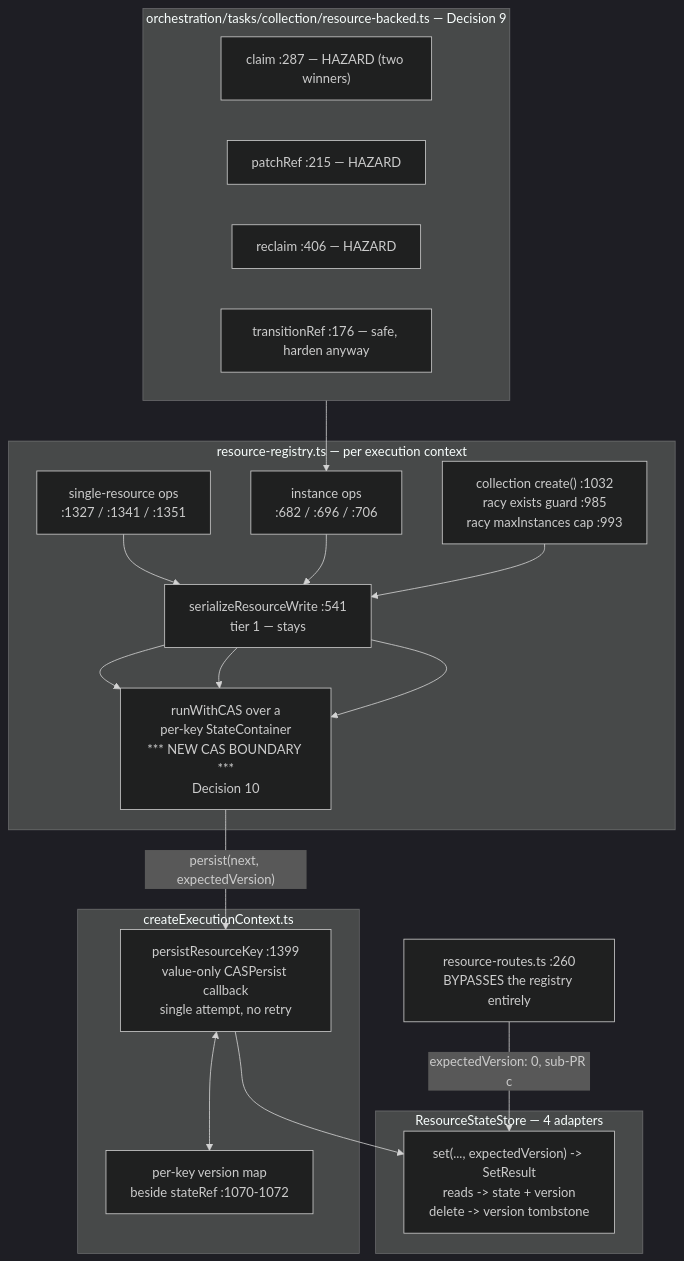
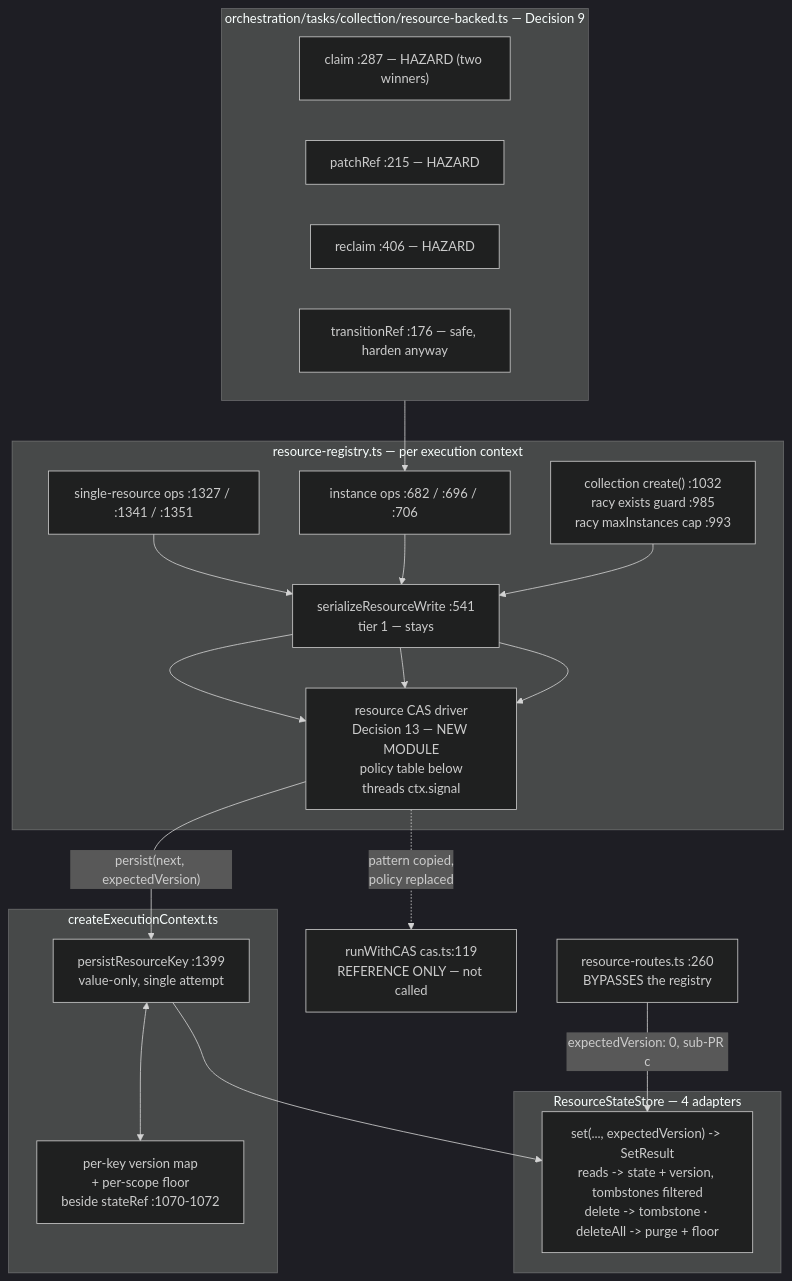
Before and after one commit to fixpoint-labs/flow-state-dev: the diagram in docs/specs/FIX-992.md, drawn with Mermaid (dark theme). The commit also changed other lines of this file, not shown here.

First line of the commit message:
spec(FIX-992): fold round 2 — resource-specific CAS driver; the reuse cost argument was wrong

````diff
--- a/docs/specs/FIX-992.md
+++ b/docs/specs/FIX-992.md
@@ -194,32 +219,34 @@
 ```mermaid
 flowchart TD
     subgraph orch["orchestration/tasks/collection/resource-backed.ts — Decision 9"]
       U1["claim :287 — HAZARD (two winners)"]
       U2["patchRef :215 — HAZARD"]
       U3["reclaim :406 — HAZARD"]
       U4["transitionRef :176 — safe, harden anyway"]
     end
     subgraph reg["resource-registry.ts — per execution context"]
-      A1["single-resource ops<br/>:1327 / :1341 / :1351"]
-      A2["instance ops<br/>:682 / :696 / :706"]
+      A1["single-resource ops :1327 / :1341 / :1351"]
+      A2["instance ops :682 / :696 / :706"]
       A3["collection create() :1032<br/>racy exists guard :985<br/>racy maxInstances cap :993"]
       Q["serializeResourceWrite :541<br/>tier 1 — stays"]
-      CAS["runWithCAS over a<br/>per-key StateContainer<br/>*** NEW CAS BOUNDARY ***<br/>Decision 10"]
+      CAS["resource CAS driver<br/>Decision 13 — NEW MODULE<br/>policy table below<br/>threads ctx.signal"]
       A1 --> Q --> CAS
       A2 --> Q --> CAS
       A3 --> Q --> CAS
     end
     orch --> A2
     subgraph ctx["createExecutionContext.ts"]
-      CP["persistResourceKey :1399<br/>value-only CASPersist callback<br/>single attempt, no retry"]
-      VC["per-key version map<br/>beside stateRef :1070-1072"]
+      CP["persistResourceKey :1399<br/>value-only, single attempt"]
+      VC["per-key version map<br/>+ per-scope floor<br/>beside stateRef :1070-1072"]
       CP <--> VC
     end
     CAS -->|"persist(next, expectedVersion)"| CP
-    R["resource-routes.ts :260<br/>BYPASSES the registry entirely"]
+    R["resource-routes.ts :260<br/>BYPASSES the registry"]
     subgraph store["ResourceStateStore — 4 adapters"]
-      S["set(..., expectedVersion) -> SetResult<br/>reads -> state + version<br/>delete -> version tombstone"]
+      S["set(..., expectedVersion) -> SetResult<br/>reads -> state + version, tombstones filtered<br/>delete -> tombstone · deleteAll -> purge + floor"]
     end
     CP --> S
     R -->|"expectedVersion: 0, sub-PR c"| S
+    REF["runWithCAS cas.ts:119<br/>REFERENCE ONLY — not called"]
+    CAS -.->|"pattern copied,<br/>policy replaced"| REF
 ```
````
